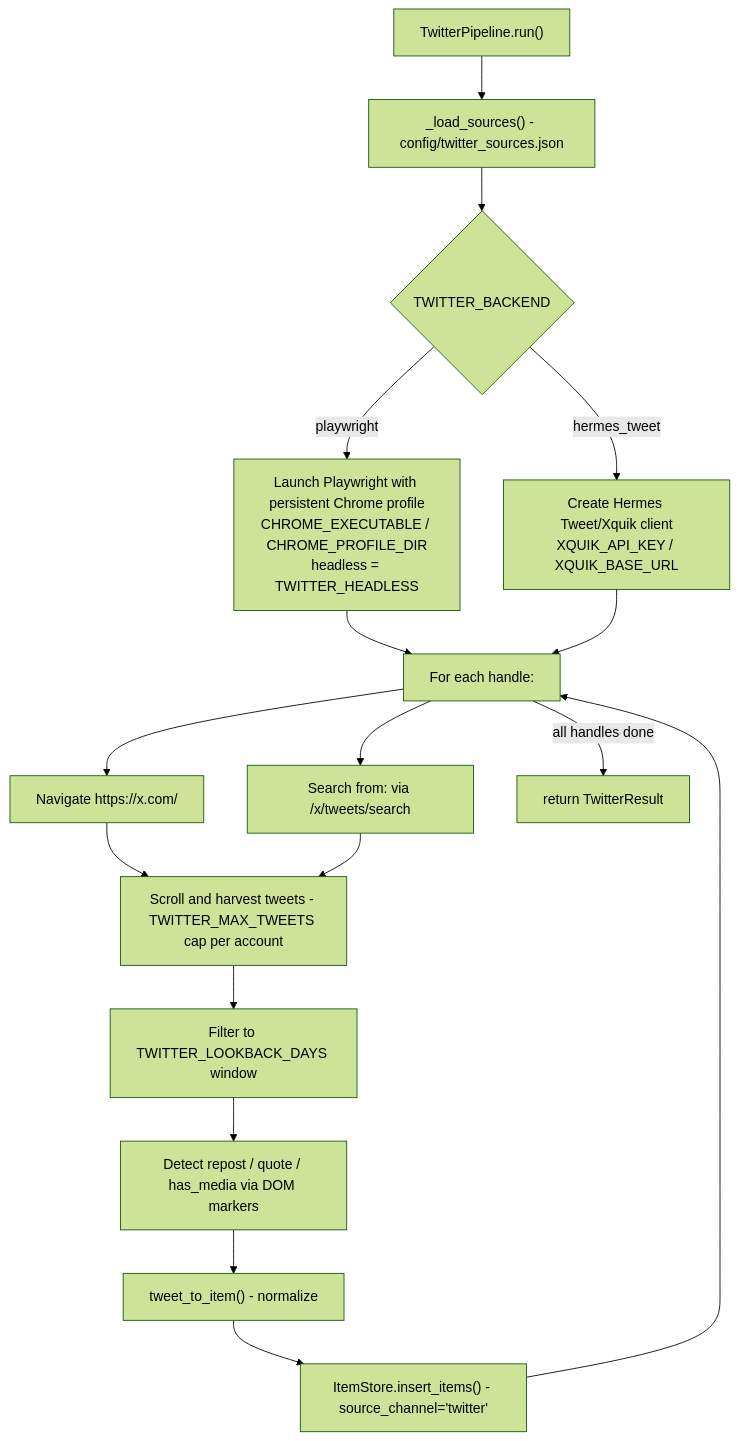
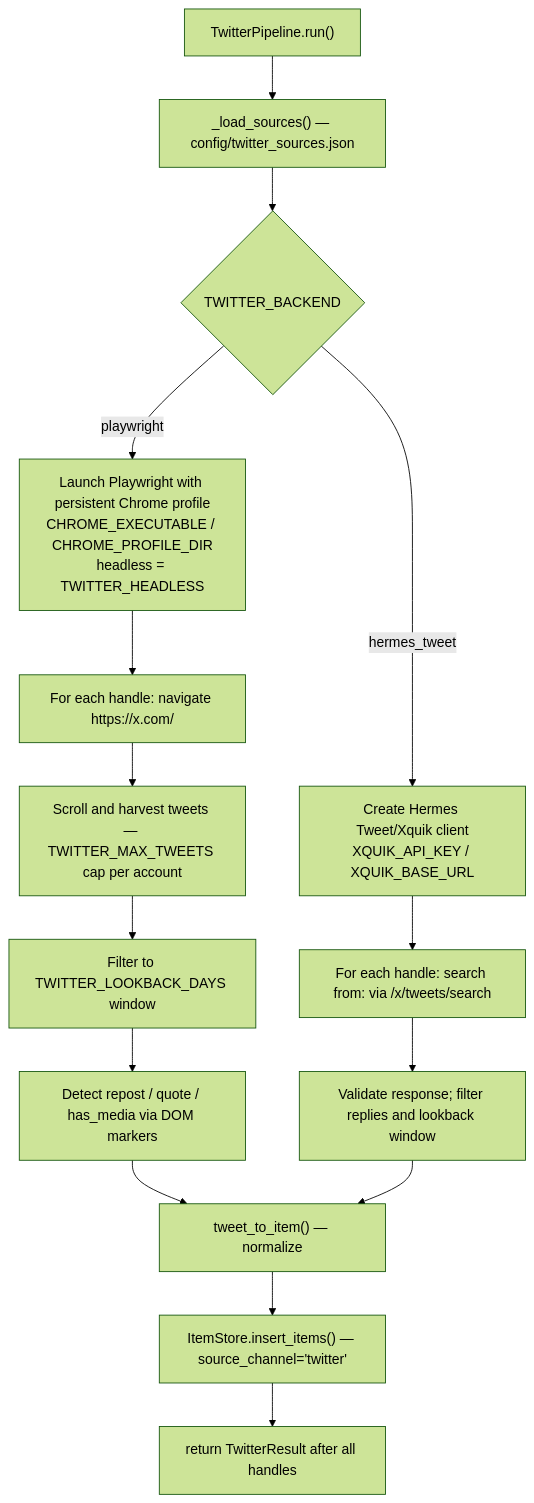
The third of 3 diagrams in pipeline/ingestion/doc.md (aadarshvelu/syndicate), drawn with Mermaid (forest theme) before and after one commit. The commit also changed other lines of this file and 14 other files, not shown here.

````diff
--- a/pipeline/ingestion/doc.md
+++ b/pipeline/ingestion/doc.md
@@ -42,19 +42,17 @@
 ```mermaid
 flowchart TD
-    A["TwitterPipeline.run()"] --> B["_load_sources() - config/twitter_sources.json"]
+    A["TwitterPipeline.run()"] --> B["_load_sources() — config/twitter_sources.json"]
     B --> BACKEND{"TWITTER_BACKEND"}
     BACKEND -->|playwright| C["Launch Playwright with persistent Chrome profile<br/>CHROME_EXECUTABLE / CHROME_PROFILE_DIR<br/>headless = TWITTER_HEADLESS"]
     BACKEND -->|hermes_tweet| XQ["Create Hermes Tweet/Xquik client<br/>XQUIK_API_KEY / XQUIK_BASE_URL"]
-    C --> D["For each handle:"]
-    XQ --> D
-    D --> E["Navigate https://x.com/<handle>"]
-    D --> XS["Search from:<handle> via /x/tweets/search"]
-    E --> F["Scroll and harvest tweets - TWITTER_MAX_TWEETS cap per account"]
-    XS --> F
+    C --> E["For each handle: navigate https://x.com/<handle>"]
+    XQ --> XS["For each handle: search from:<handle> via /x/tweets/search"]
+    E --> F["Scroll and harvest tweets — TWITTER_MAX_TWEETS cap per account"]
     F --> G["Filter to TWITTER_LOOKBACK_DAYS window"]
     G --> H["Detect repost / quote / has_media via DOM markers"]
-    H --> I["tweet_to_item() - normalize"]
-    I --> J["ItemStore.insert_items() - source_channel='twitter'"]
-    J --> D
-    D -- all handles done --> K["return TwitterResult"]
+    H --> I["tweet_to_item() — normalize"]
+    XS --> XG["Validate response; filter replies and lookback window"]
+    XG --> I
+    I --> J["ItemStore.insert_items() — source_channel='twitter'"]
+    J --> K["return TwitterResult after all handles"]
 ```
````
